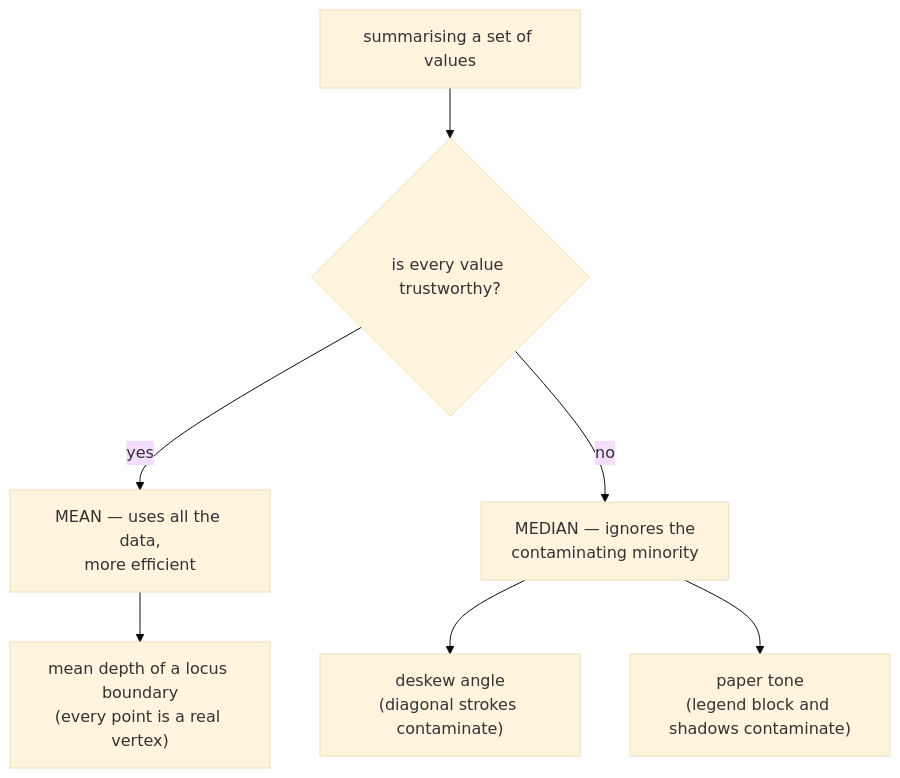
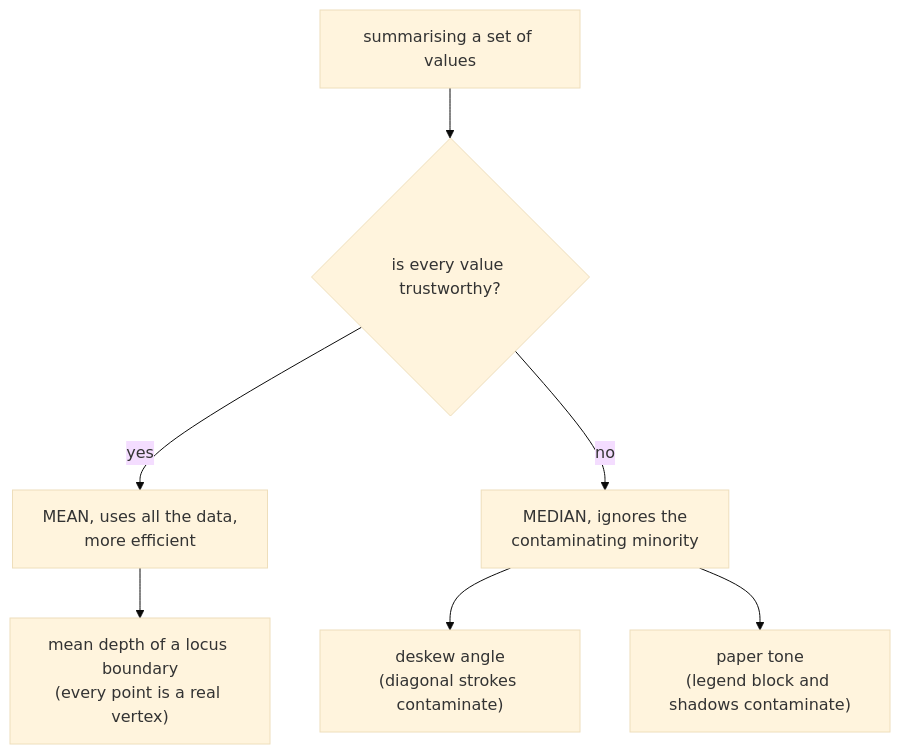
Before and after one commit to jennarbates/StratigraphyGenerator: the diagram in docs/cs/median-and-robust-statistics.md, drawn with Mermaid (base theme). The commit also changed other lines of this file and 309 other files, not shown here.

````diff
--- a/docs/cs/median-and-robust-statistics.md
+++ b/docs/cs/median-and-robust-statistics.md
@@ -45,9 +45,9 @@
 ```mermaid
 flowchart TB
   Q["summarising a set of values"] --> T{"is every value trustworthy?"}
-  T -->|yes| M["MEAN — uses all the data,<br/>more efficient"]
-  T -->|no| Med["MEDIAN — ignores the<br/>contaminating minority"]
+  T -->|yes| M["MEAN, uses all the data,<br/>more efficient"]
+  T -->|no| Med["MEDIAN, ignores the<br/>contaminating minority"]
   M --> E1["mean depth of a locus boundary<br/>(every point is a real vertex)"]
   Med --> E2["deskew angle<br/>(diagonal strokes contaminate)"]
   Med --> E3["paper tone<br/>(legend block and shadows contaminate)"]
 ```
````
